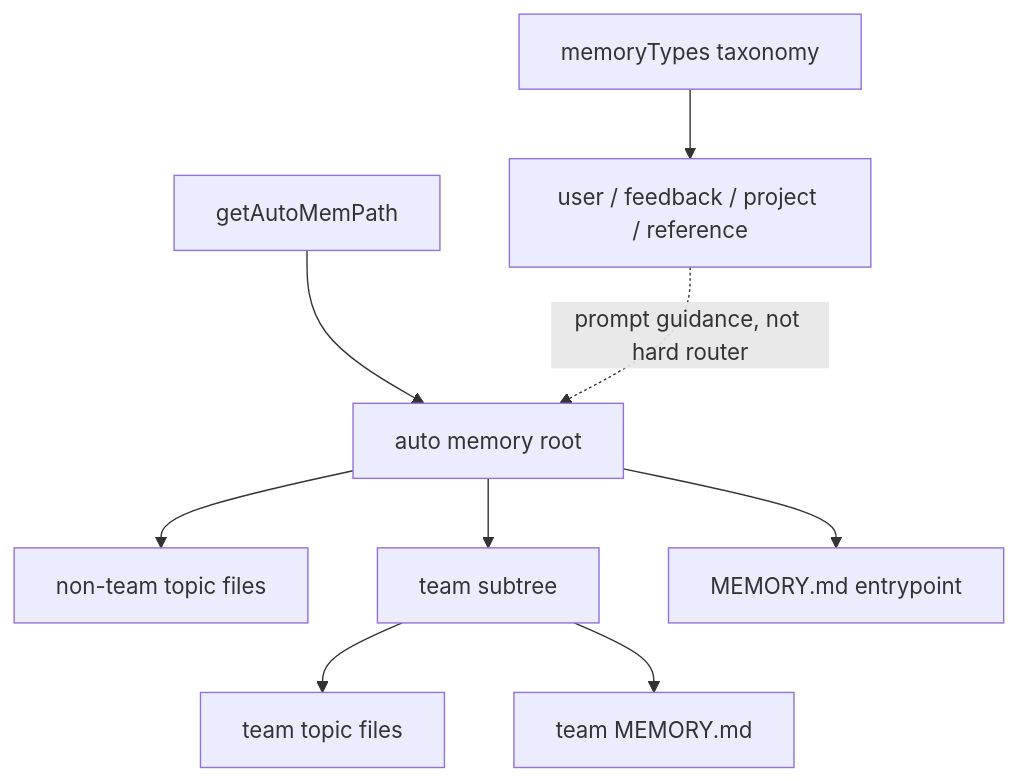
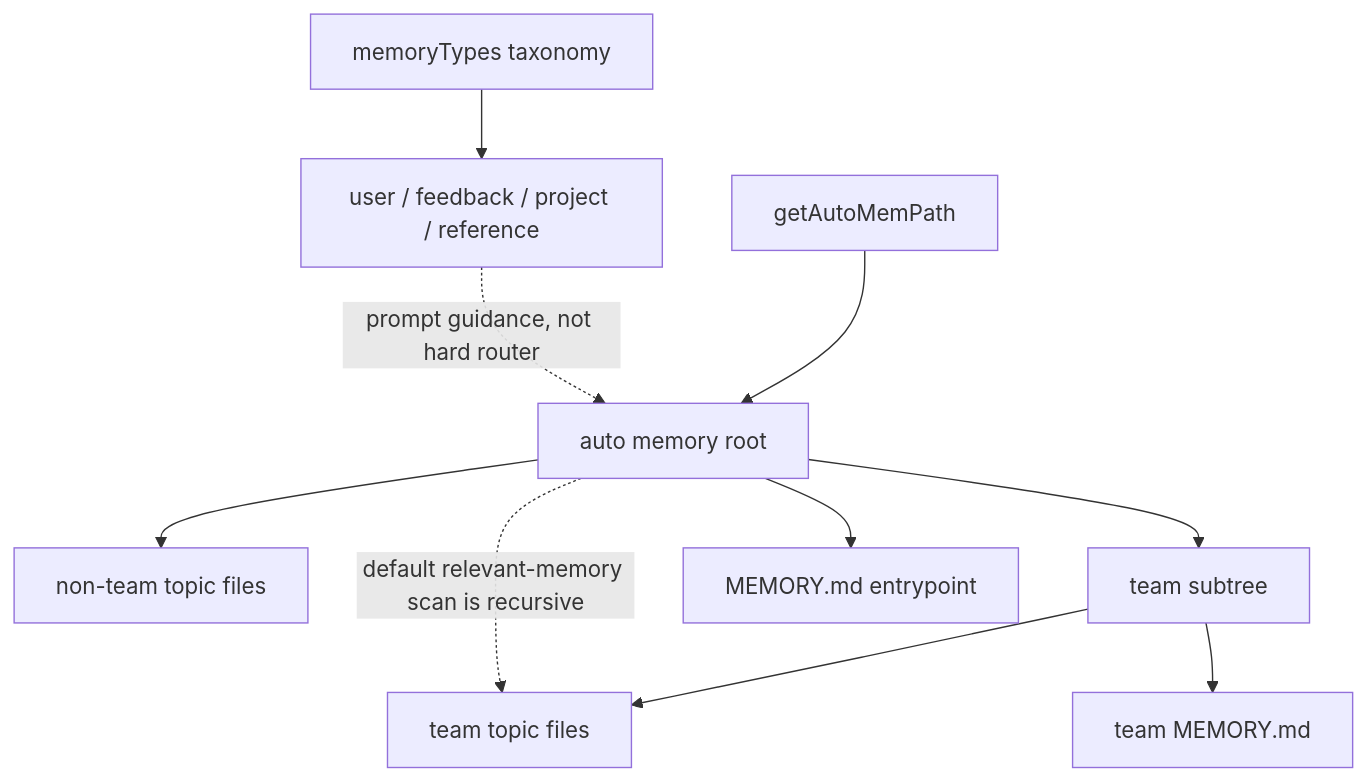
The second of 2 diagrams in MODULES/03-persistent-memory-system/DEEP/README.md (Boulea7/ClaudeCode-Source-DeepDive), drawn with Mermaid before and after one commit. The commit also changed other lines of this file and 8 other files, not shown here.

````diff
--- a/MODULES/03-persistent-memory-system/DEEP/README.md
+++ b/MODULES/03-persistent-memory-system/DEEP/README.md
@@ -259,11 +264,12 @@
 ```mermaid
 flowchart TD
     A[getAutoMemPath] --> B[auto memory root]
     B --> C[non-team topic files]
     B --> D[team subtree]
     B --> E[MEMORY.md entrypoint]
     D --> F[team topic files]
     D --> G[team MEMORY.md]
     H[memoryTypes taxonomy] --> I[user / feedback / project / reference]
     I -. prompt guidance, not hard router .-> B
+    B -. default relevant-memory scan is recursive .-> F
 ```
````
